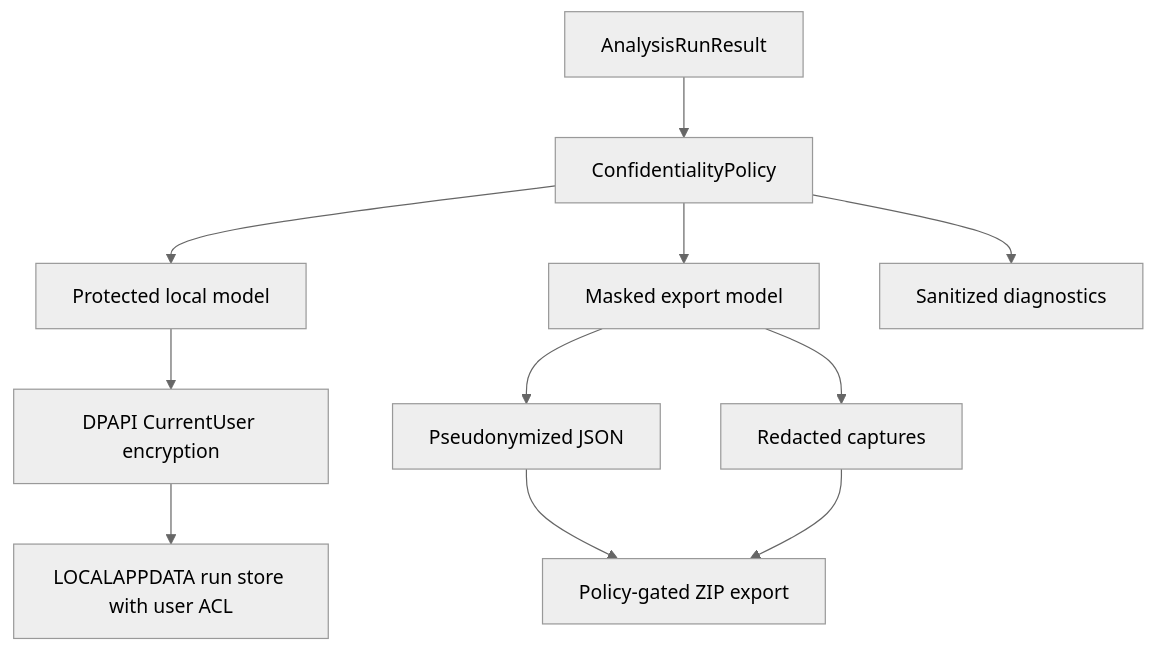
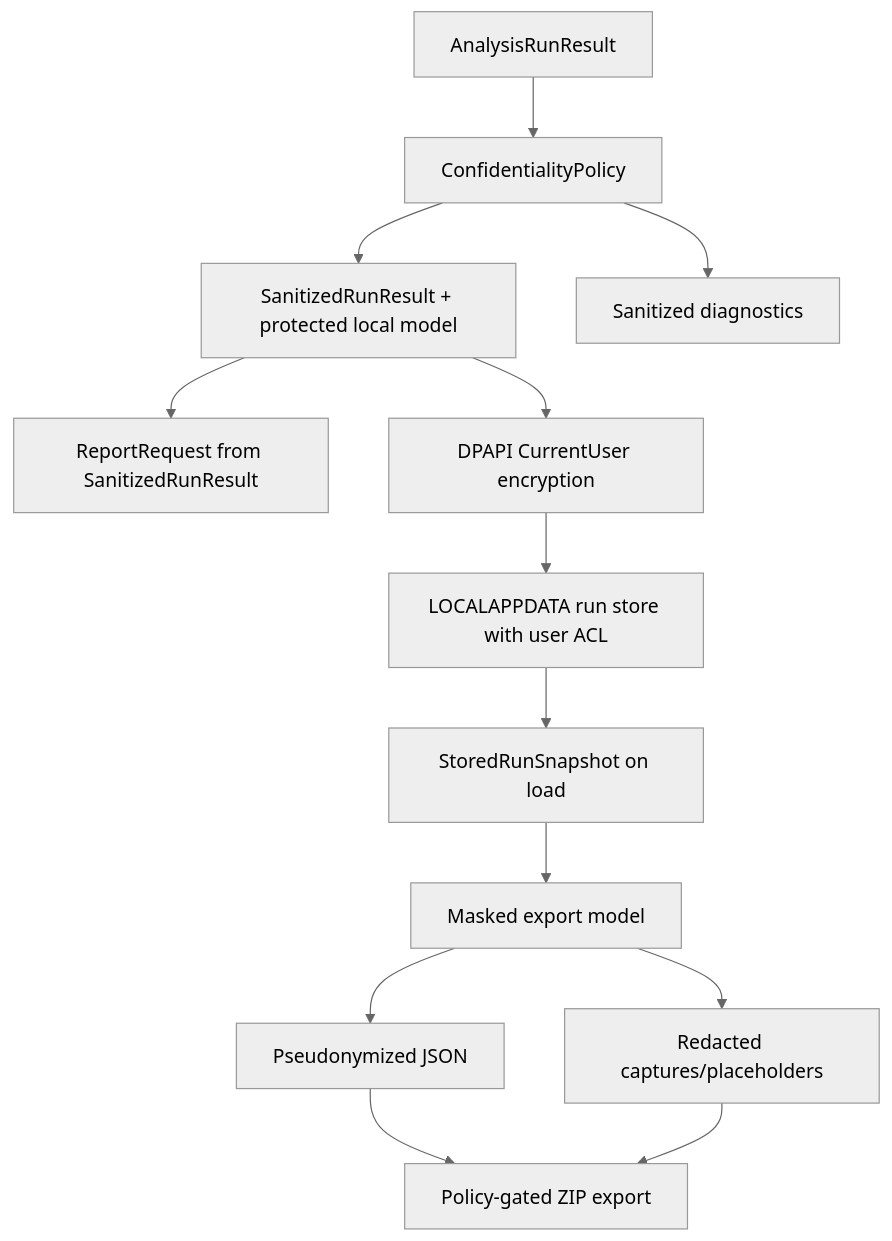
One commit to urario/Surveyor changed the second of 2 diagrams in knowledge/design/des-0013-confidentiality-storage-and-export.md. Above: the diagram before and after it, drawn with Mermaid (neutral theme). The commit also changed other lines of this file and 2 other files, not shown here.

First line of the commit message:
docs: define run snapshot load contract

````diff
--- a/knowledge/design/des-0013-confidentiality-storage-and-export.md
+++ b/knowledge/design/des-0013-confidentiality-storage-and-export.md
@@ -660,13 +724,15 @@
 ```mermaid
 flowchart TD
   A["AnalysisRunResult"] --> B["ConfidentialityPolicy"]
-  B --> C["Protected local model"]
-  B --> D["Masked export model"]
+  B --> C["SanitizedRunResult + protected local model"]
+  C --> D["ReportRequest from SanitizedRunResult"]
   C --> E["DPAPI CurrentUser encryption"]
   E --> F["LOCALAPPDATA run store with user ACL"]
-  D --> G["Pseudonymized JSON"]
-  D --> H["Redacted captures"]
-  G --> I["Policy-gated ZIP export"]
-  H --> I
-  B --> J["Sanitized diagnostics"]
+  F --> G["StoredRunSnapshot on load"]
+  G --> H["Masked export model"]
+  H --> I["Pseudonymized JSON"]
+  H --> J["Redacted captures/placeholders"]
+  I --> K["Policy-gated ZIP export"]
+  J --> K
+  B --> L["Sanitized diagnostics"]
 ```
````
